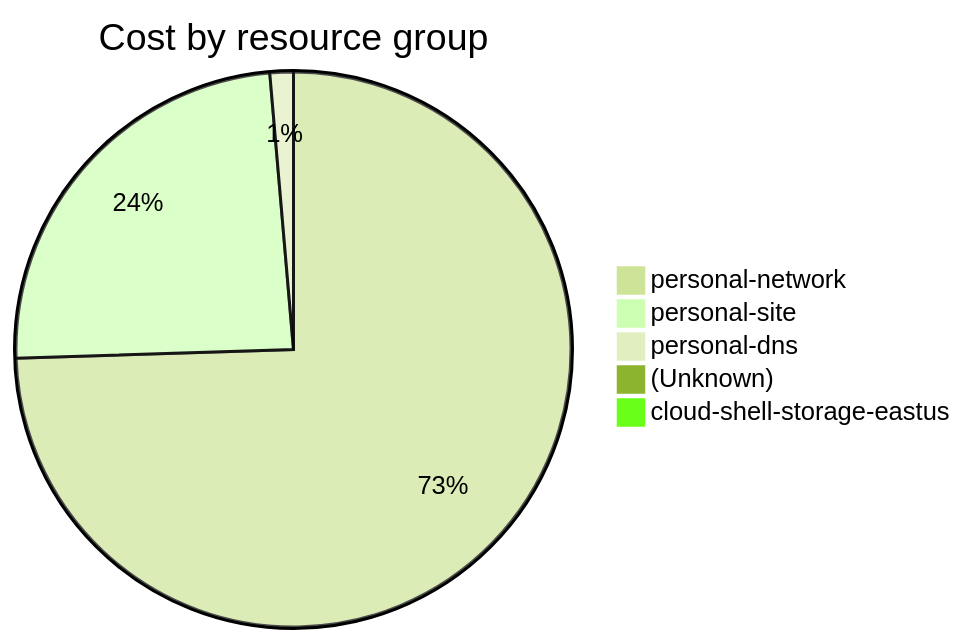
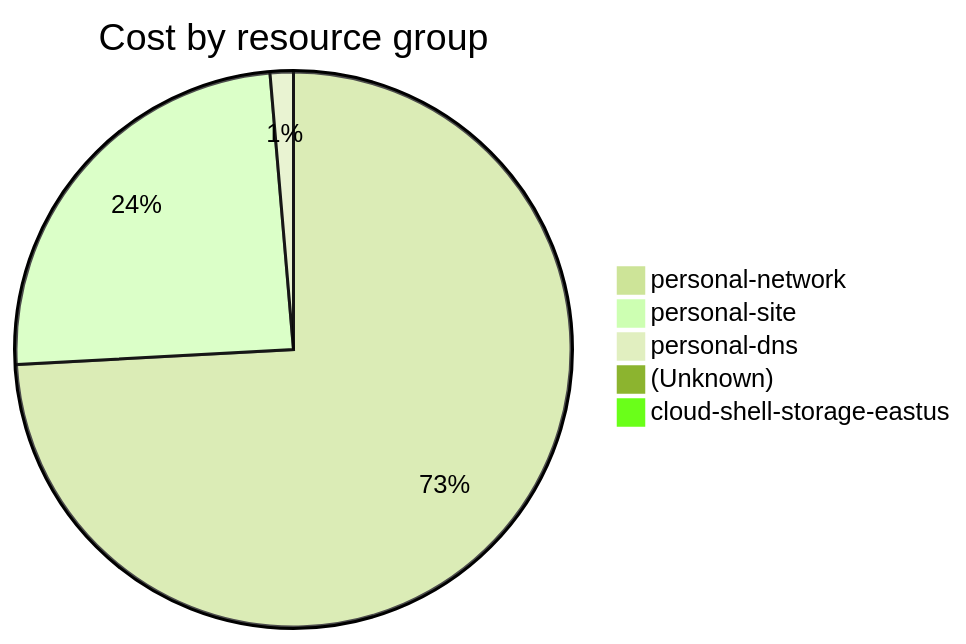
The fourth of 4 diagrams in cost-reports/accumulated-cost.md (jpfulton/azure-personal-reports), drawn with Mermaid (forest theme) before and after one commit. The commit also changed other lines of this file and 4 other files, not shown here.

````diff
--- a/cost-reports/accumulated-cost.md
+++ b/cost-reports/accumulated-cost.md
@@ -155,9 +155,9 @@
 ```mermaid
 pie
    title Cost by resource group
-   "personal-network" : 7.10
-   "personal-site" : 2.30
-   "personal-dns" : 0.13
-   "(Unknown)" : 0.09
-   "cloud-shell-storage-eastus" : 0.04
+   "personal-network" : 8.77
+   "personal-site" : 2.90
+   "personal-dns" : 0.16
+   "(Unknown)" : 0.11
+   "cloud-shell-storage-eastus" : 0.05
 ```
````
